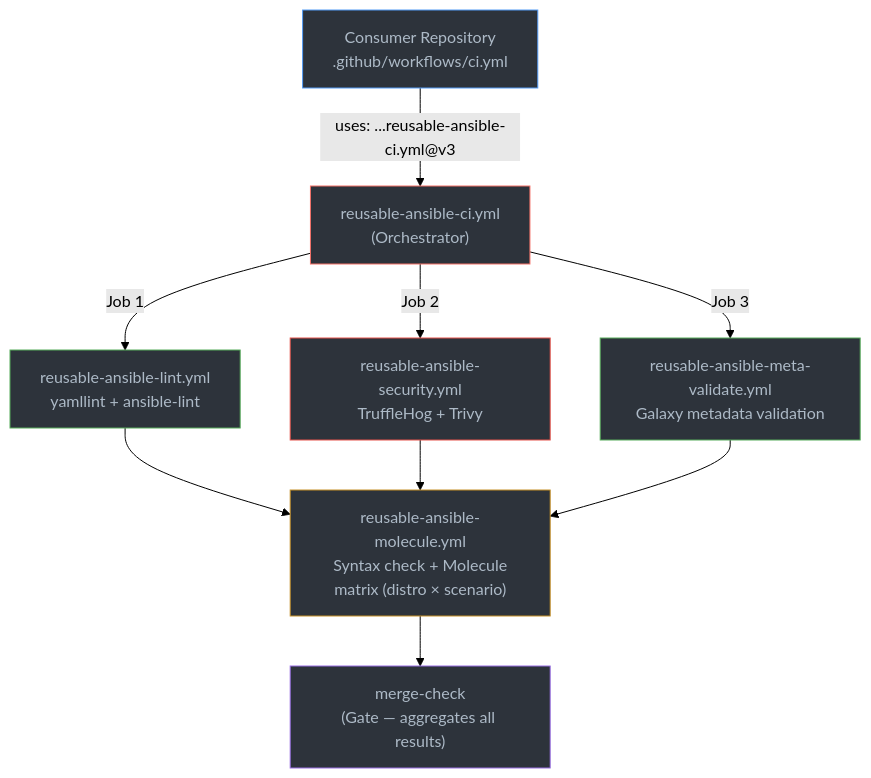
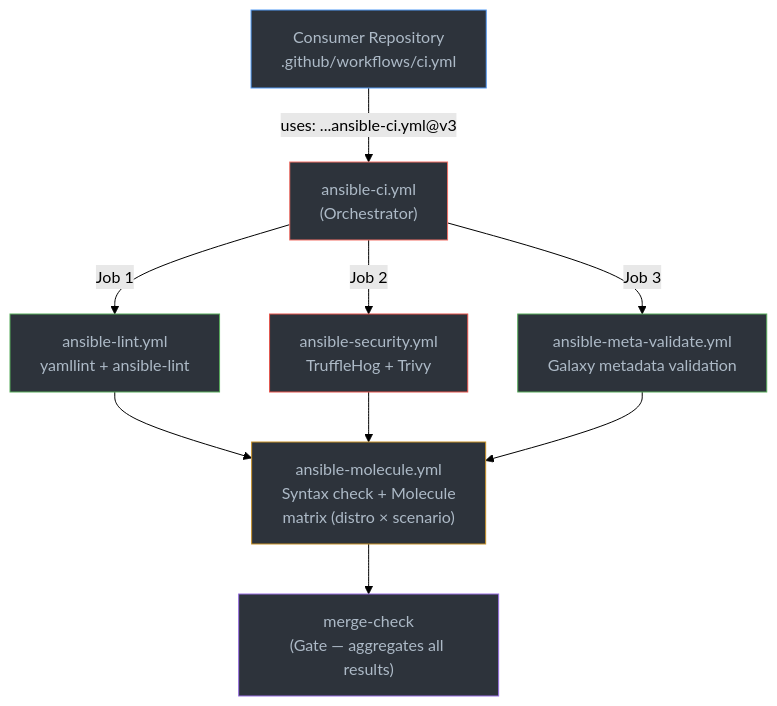
One commit to grzegorzfranus/github-workflows changed the first of 2 diagrams in README.md. Above: the diagram before and after it, drawn with Mermaid (forest theme). The commit also changed other lines of this file and 9 other files, not shown here.

````diff
--- a/README.md
+++ b/README.md
@@ -26,19 +26,19 @@
 ```mermaid
 graph TD
-    A["Consumer Repository<br/>.github/workflows/ci.yml"] -->|"uses: ...reusable-ansible-ci.yml@v3"| B["reusable-ansible-ci.yml<br/>(Orchestrator)"]
-    B -->|"Job 1"| C["reusable-ansible-lint.yml<br/>yamllint + ansible-lint"]
-    B -->|"Job 2"| D["reusable-ansible-security.yml<br/>TruffleHog + Trivy"]
-    B -->|"Job 3"| G["reusable-ansible-meta-validate.yml<br/>Galaxy metadata validation"]
-    C --> E["reusable-ansible-molecule.yml<br/>Syntax check + Molecule<br/>matrix (distro × scenario)"]
+    A["Consumer Repository<br/>.github/workflows/ci.yml"] -->|"uses: ...ansible-ci.yml@v3"| B["ansible-ci.yml<br/>(Orchestrator)"]
+    B -->|"Job 1"| C["ansible-lint.yml<br/>yamllint + ansible-lint"]
+    B -->|"Job 2"| D["ansible-security.yml<br/>TruffleHog + Trivy"]
+    B -->|"Job 3"| G["ansible-meta-validate.yml<br/>Galaxy metadata validation"]
+    C --> E["ansible-molecule.yml<br/>Syntax check + Molecule<br/>matrix (distro × scenario)"]
     D --> E
     G --> E
     E --> F["merge-check<br/>(Gate — aggregates all results)"]
 
     style A fill:#2d333b,stroke:#539bf5,color:#adbac7
     style B fill:#2d333b,stroke:#f47067,color:#adbac7
     style C fill:#2d333b,stroke:#57ab5a,color:#adbac7
     style D fill:#2d333b,stroke:#e5534b,color:#adbac7
     style E fill:#2d333b,stroke:#c69026,color:#adbac7
     style F fill:#2d333b,stroke:#986ee2,color:#adbac7
     style G fill:#2d333b,stroke:#57ab5a,color:#adbac7
 ```
````
